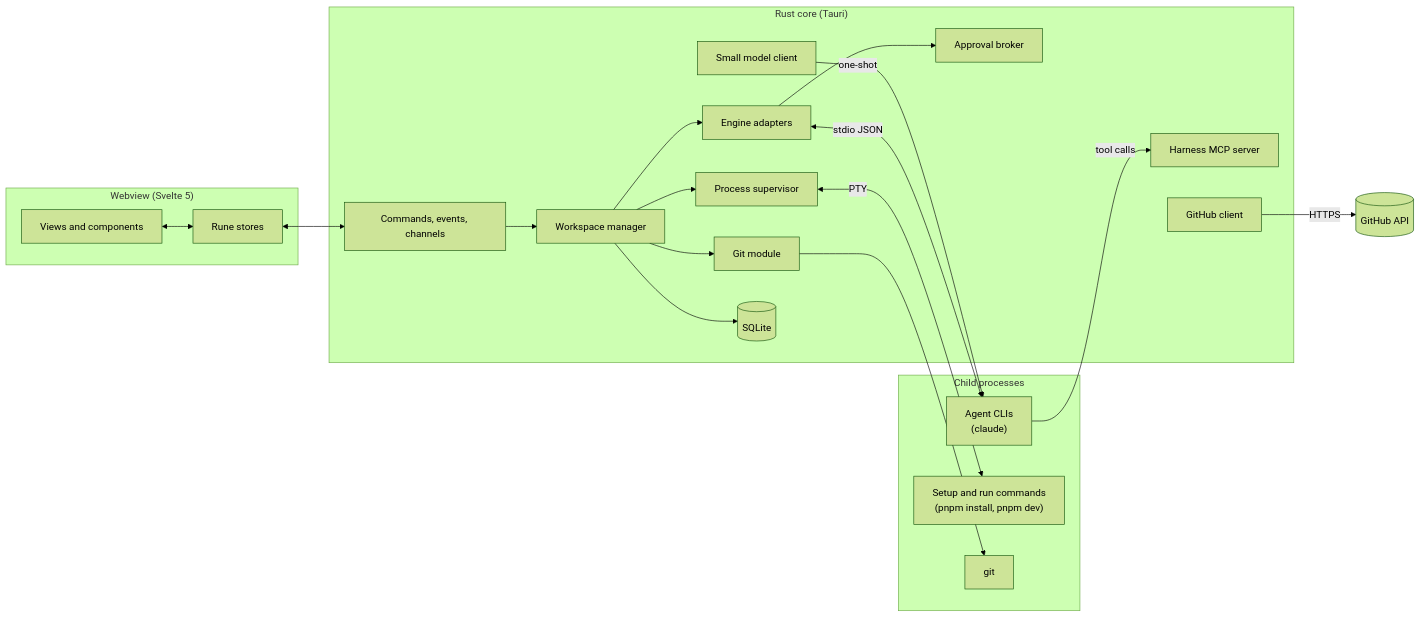
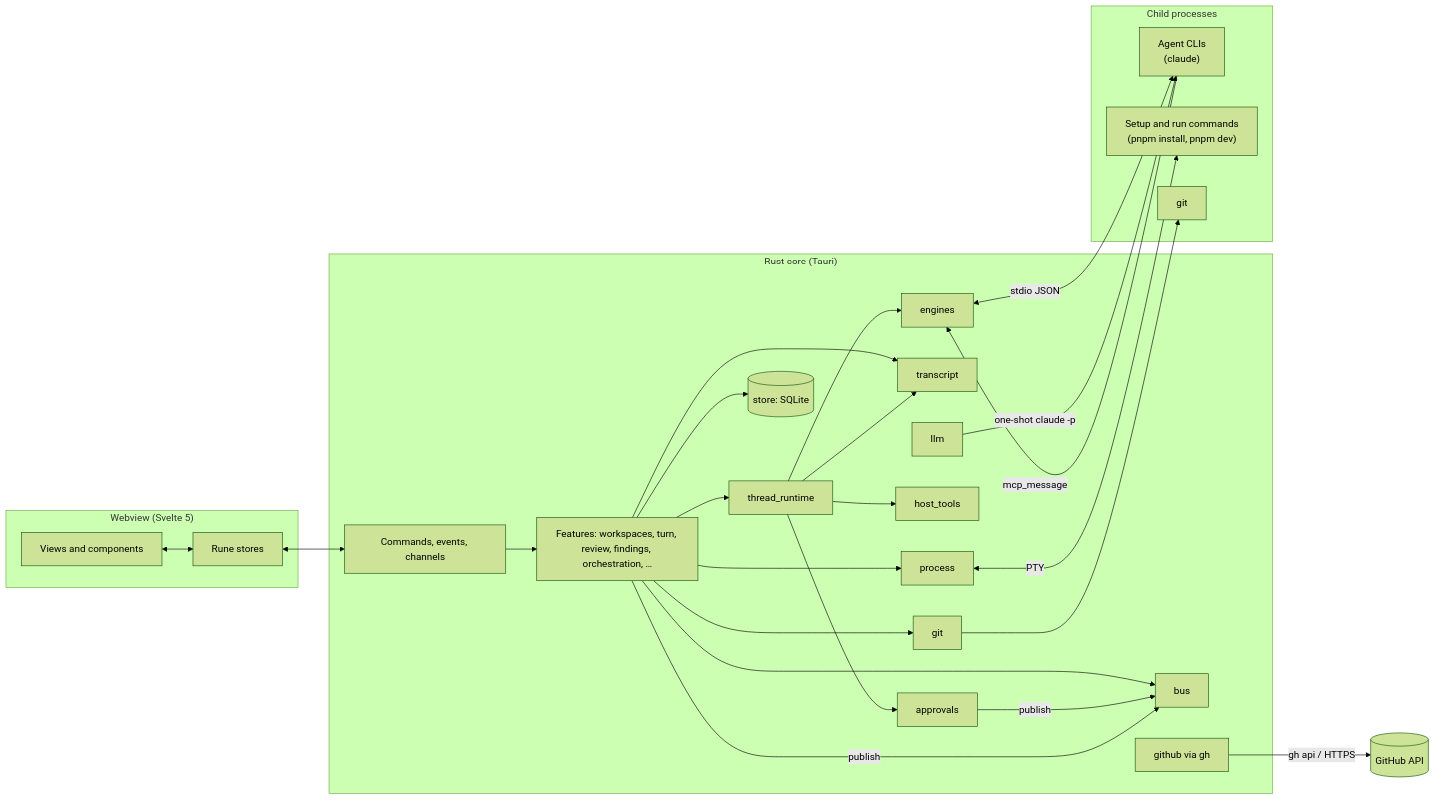
The diagram in product/ARCHITECTURE.md (cormacrw/cormux), drawn with Mermaid (forest theme) before and after one commit. The commit also changed other lines of this file and 12 other files, not shown here.

First line of the commit message:
Describe the system as it is: architecture doc, get_thread, stale comments

````diff
--- a/product/ARCHITECTURE.md
+++ b/product/ARCHITECTURE.md
@@ -60,38 +60,43 @@
 ```mermaid
 flowchart LR
   subgraph Webview["Webview (Svelte 5)"]
     UI[Views and components]
     Stores[Rune stores]
   end
 
   subgraph Core["Rust core (Tauri)"]
     IPC[Commands, events, channels]
-    WS[Workspace manager]
-    ENG[Engine adapters]
-    APR[Approval broker]
-    MCP[Harness MCP server]
-    GIT[Git module]
-    PROC[Process supervisor]
-    GH[GitHub client]
-    LLM[Small model client]
-    DB[(SQLite)]
+    FEAT[Features: workspaces, turn, review, findings, orchestration, …]
+    RT[thread_runtime]
+    ENG[engines]
+    TR[transcript]
+    APR[approvals]
+    HT[host_tools]
+    BUS[bus]
+    GIT[git]
+    PROC[process]
+    GH[github via gh]
+    LLM[llm]
+    DB[(store: SQLite)]
   end
 
   subgraph Children["Child processes"]
     Agents["Agent CLIs\n(claude)"]
     Apps["Setup and run commands\n(pnpm install, pnpm dev)"]
     Git[git]
   end
 
   UI <--> Stores
   Stores <--> IPC
-  IPC --> WS
-  WS --> ENG & GIT & PROC & DB
+  IPC --> FEAT
+  FEAT --> RT & TR & GIT & PROC & DB & BUS
+  RT --> ENG
+  RT --> TR & APR & HT
   ENG <-->|stdio JSON| Agents
-  Agents -->|tool calls| MCP
-  ENG --> APR
+  Agents -->|mcp_message| ENG
+  APR & FEAT -->|publish| BUS
   PROC <-->|PTY| Apps
   GIT --> Git
-  GH -->|HTTPS| GitHub[(GitHub API)]
-  LLM -->|one-shot| Agents
+  GH -->|gh api / HTTPS| GitHub[(GitHub API)]
+  LLM -->|one-shot claude -p| Agents
 ```
````
